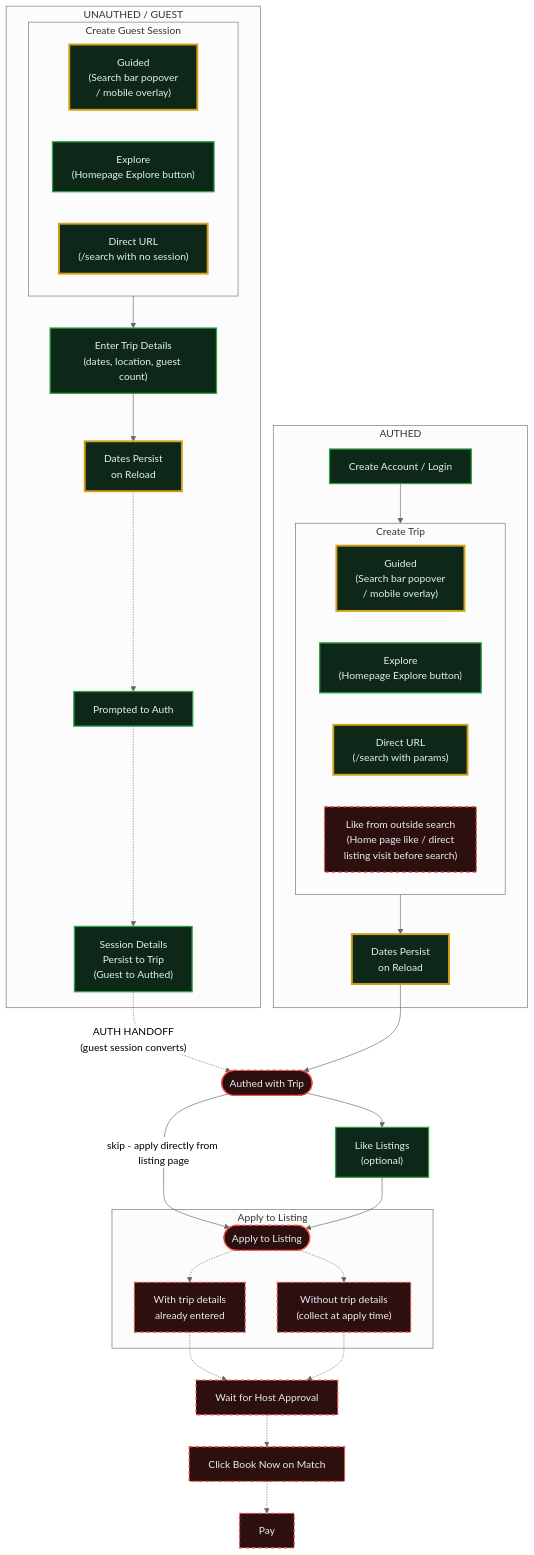
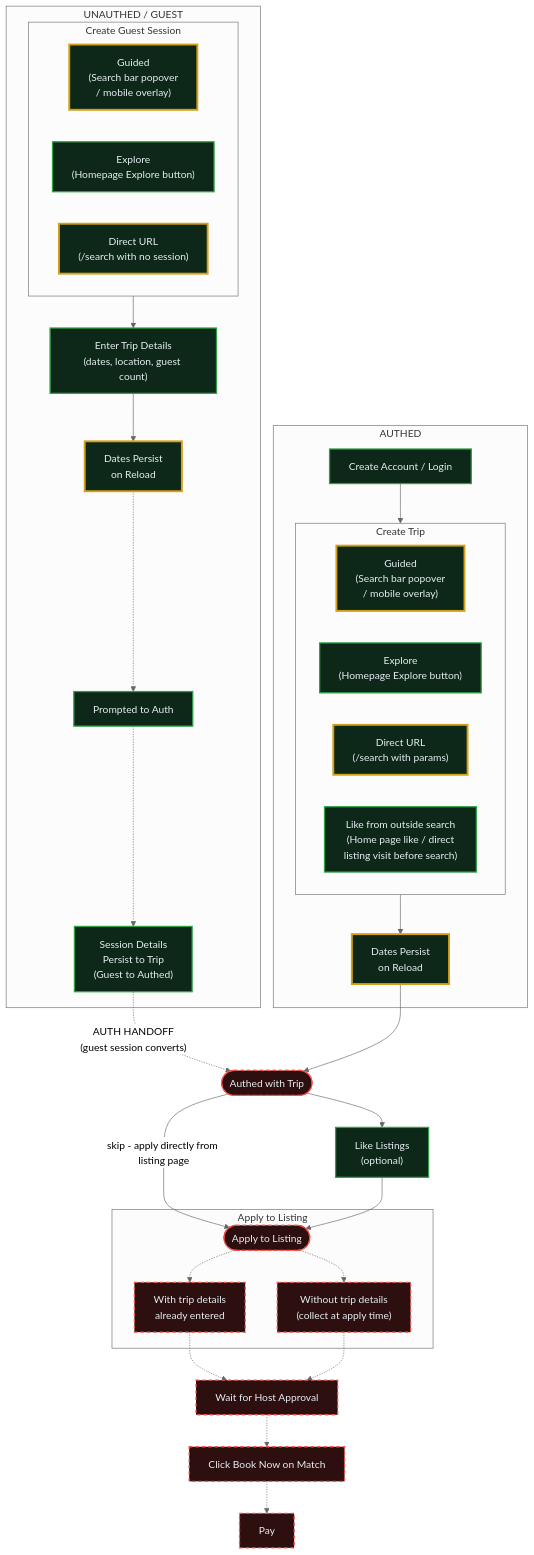
Before and after one commit to Matchbook-Rentals/matchbook-web-frontend: the diagram in e2e/renter-flow.md, drawn with Mermaid (neutral theme). The commit also changed other lines of this file, not shown here.

Commit message:
docs: mark G4 (like from outside search) as tested in flow diagram

````diff
--- a/e2e/renter-flow.md
+++ b/e2e/renter-flow.md
@@ -5,67 +5,67 @@
 ```mermaid
 flowchart TD
     classDef tested fill:#0d2818,stroke:#2ea043,stroke-width:2px,color:#e6edf3
     classDef untested fill:#2d0f0f,stroke:#f85149,stroke-width:2px,color:#e6edf3,stroke-dasharray:5 5
     classDef mobile fill:#0d2818,stroke:#d4a017,stroke-width:3px,color:#e6edf3
 
     subgraph GUEST ["UNAUTHED / GUEST"]
         subgraph ENTRY ["Create Guest Session"]
             A1["Guided<br/>(Search bar popover<br/>/ mobile overlay)"]
             A2["Explore<br/>(Homepage Explore button)"]
             A3["Direct URL<br/>(/search with no session)"]
         end
 
         ENTRY --> C["Enter Trip Details<br/>(dates, location, guest count)"]
         C --> C2["Dates Persist<br/>on Reload"]
         C2 -.-> D["Prompted to Auth"]
         D -.-> E["Session Details<br/>Persist to Trip<br/>(Guest to Authed)"]
     end
 
     subgraph AUTHED ["AUTHED"]
         F["Create Account / Login"]
 
         subgraph TRIP ["Create Trip"]
             G1["Guided<br/>(Search bar popover<br/>/ mobile overlay)"]
             G2["Explore<br/>(Homepage Explore button)"]
             G3["Direct URL<br/>(/search with params)"]
             G4["Like from outside search<br/>(Home page like / direct<br/>listing visit before search)"]
         end
 
         F --> TRIP
         TRIP --> T2["Dates Persist<br/>on Reload"]
     end
 
     E -.->|"AUTH HANDOFF<br/>(guest session converts)"| UNIFY
     T2 --> UNIFY
 
     UNIFY(["Authed with Trip"])
 
     UNIFY --> H["Like Listings<br/>(optional)"]
     UNIFY -->|"skip - apply directly from listing page"| MERGE
 
     H --> MERGE
 
     subgraph APPLY ["Apply to Listing"]
         MERGE(["Apply to Listing"])
         MERGE -.-> AP1["With trip details<br/>already entered"]
         MERGE -.-> AP2["Without trip details<br/>(collect at apply time)"]
     end
 
     AP1 -.-> I["Wait for Host Approval"]
     AP2 -.-> I
     I -.-> J["Click Book Now on Match"]
     J -.-> K["Pay"]
 
     class F,H,E,D tested
     class C2 mobile
     class T2 mobile
     class G2 tested
     class G3 mobile
     class G1 mobile
-    class G4 untested
+    class G4 tested
     class A1 mobile
     class C tested
     class UNIFY,MERGE,AP1,AP2,I,J,K untested
     class A3 mobile
     class A2 tested
 ```
````
